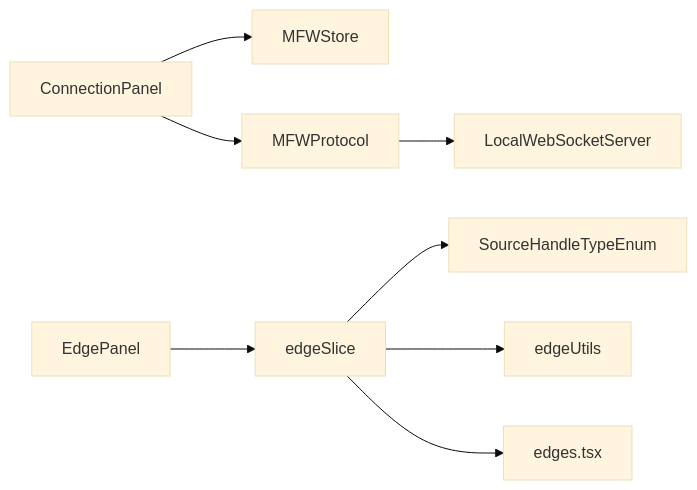
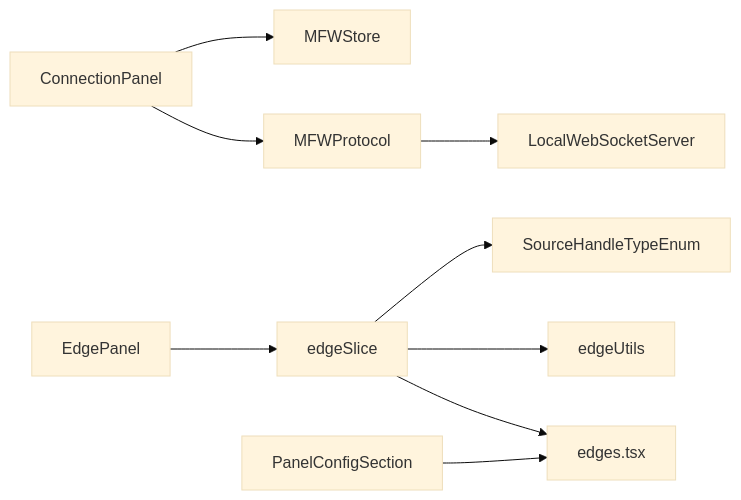
The eighth of 8 diagrams in .qoder/repowiki/zh/content/核心概念/连接面板.md (kqcoxn/MaaPipelineEditor), drawn with Mermaid (base theme) before and after one commit. The commit also changed other lines of this file and 8 other files, not shown here.

````diff
--- a/.qoder/repowiki/zh/content/核心概念/连接面板.md
+++ b/.qoder/repowiki/zh/content/核心概念/连接面板.md
@@ -314,10 +371,11 @@
 ```mermaid
 graph LR
 CP["ConnectionPanel"] --> MS["MFWStore"]
 CP --> MP["MFWProtocol"]
 MP --> WS["LocalWebSocketServer"]
 EP["EdgePanel"] --> ES["edgeSlice"]
 ES --> EC["SourceHandleTypeEnum"]
 ES --> EU["edgeUtils"]
 ES --> ED["edges.tsx"]
+PCS["PanelConfigSection"] --> ED
 ```
````
